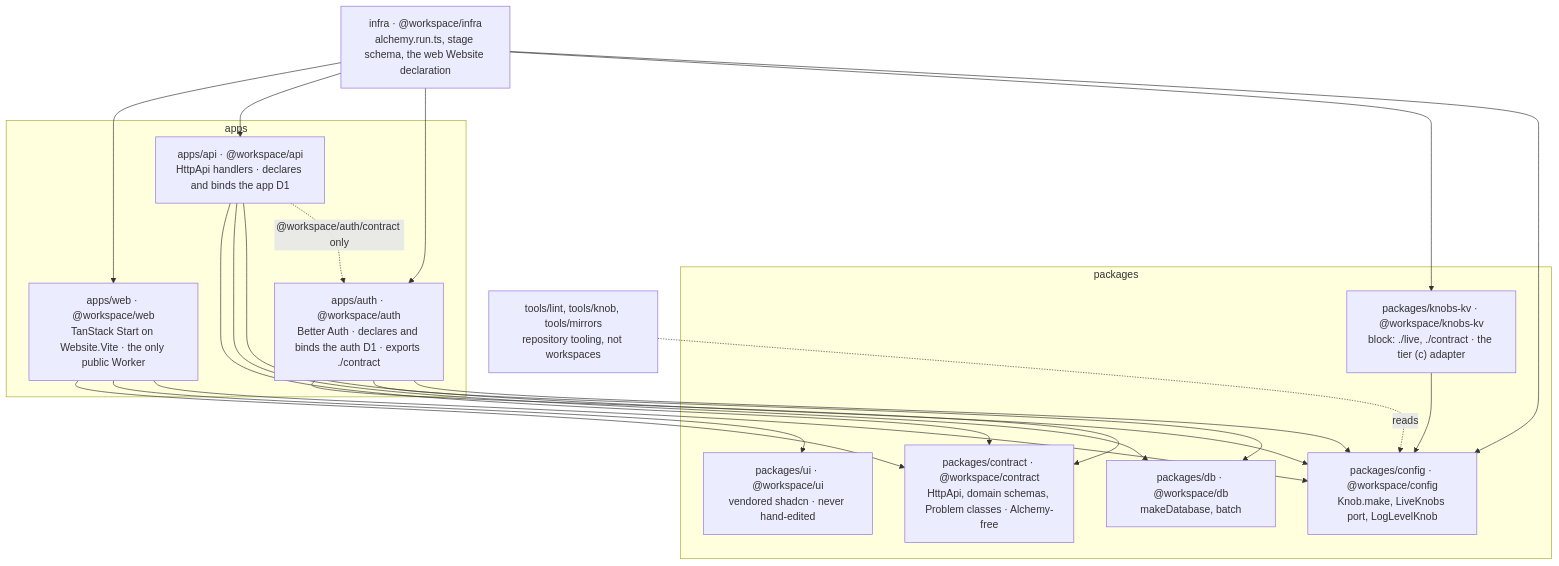
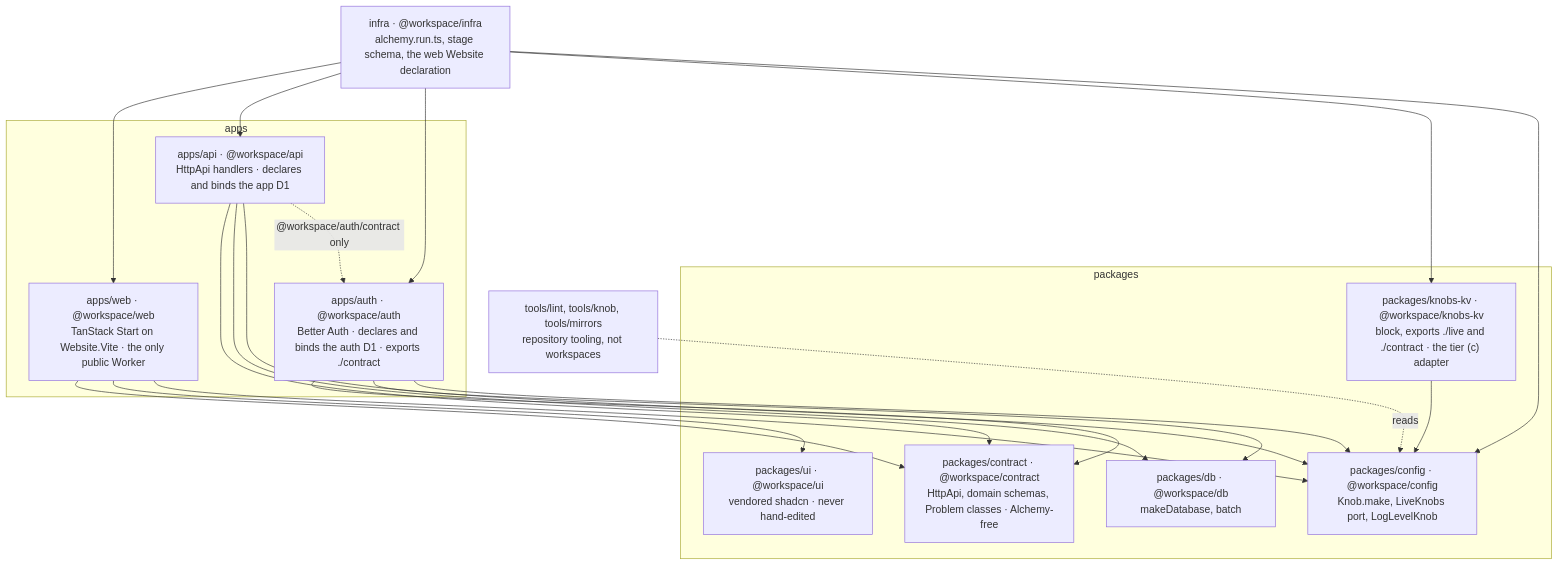
One commit to aidenzepp/cf-template changed the first of 7 diagrams in docs/architecture.md. Above: the diagram before and after it, drawn with Mermaid. The commit also changed other lines of this file and 48 other files, not shown here.

````diff
--- a/docs/architecture.md
+++ b/docs/architecture.md
@@ -111,25 +111,25 @@
 ```mermaid
 flowchart TB
   subgraph apps
     web["apps/web · @workspace/web<br/>TanStack Start on Website.Vite · the only public Worker"]
     api["apps/api · @workspace/api<br/>HttpApi handlers · declares and binds the app D1"]
         auth["apps/auth · @workspace/auth<br/>Better Auth · declares and binds the auth D1 · exports ./contract"]
   end
   subgraph packages
         contract["packages/contract · @workspace/contract<br/>HttpApi, domain schemas, Problem classes · Alchemy-free"]
     db["packages/db · @workspace/db<br/>makeDatabase, batch"]
     config["packages/config · @workspace/config<br/>Knob.make, LiveKnobs port, LogLevelKnob"]
     ui["packages/ui · @workspace/ui<br/>vendored shadcn · never hand-edited"]
-    knobs["packages/knobs-kv · @workspace/knobs-kv<br/>block: ./live, ./contract · the tier (c) adapter"]
+    knobs["packages/knobs-kv · @workspace/knobs-kv<br/>block, exports ./live and ./contract · the tier (c) adapter"]
   end
     infra["infra · @workspace/infra<br/>alchemy.run.ts, stage schema, the web Website declaration"]
   tools["tools/lint, tools/knob, tools/mirrors<br/>repository tooling, not workspaces"]
 
     infra --> web & api & auth & knobs & config
   web --> contract & ui & config
   api --> contract & db & config
   api -. "@workspace/auth/contract only" .-> auth
   auth --> contract & db & config
   knobs --> config
   tools -. reads .-> config
 ```
````
